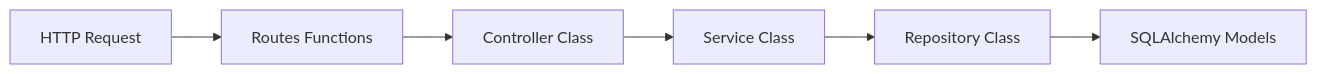
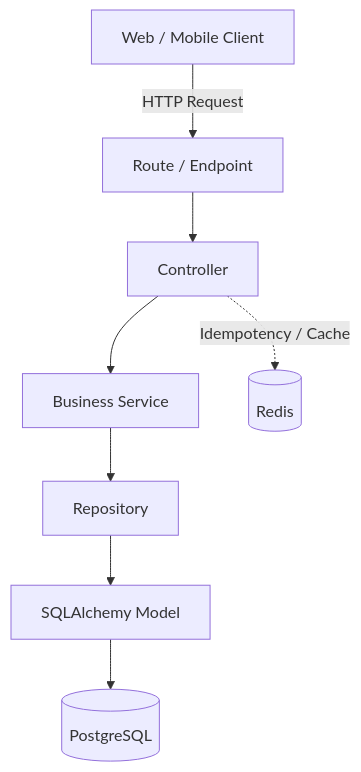
The diagram in README.md (juanpanasiti/smw-api), drawn with Mermaid before and after one commit. The commit also changed other lines of this file and 8 other files, not shown here.

````diff
--- a/README.md
+++ b/README.md
@@ -35,8 +9,11 @@
 ```mermaid
-flowchart LR
-    A[HTTP Request] --> B[Routes Functions]
-    B --> C[Controller Class]
-    C --> D[Service Class]
-    D --> E[Repository Class]
-    E --> F[SQLAlchemy Models]
+graph TD
+    Client[Web / Mobile Client] -->|HTTP Request| Route[Route / Endpoint]
+    Route --> Controller[Controller]
+    Controller --> Service[Business Service]
+    Service --> Repository[Repository]
+    Repository --> Model[SQLAlchemy Model]
+    Model --> DB[(PostgreSQL)]
+    
+    Controller -.->|Idempotency / Cache| Redis[(Redis)]
 ```
````
